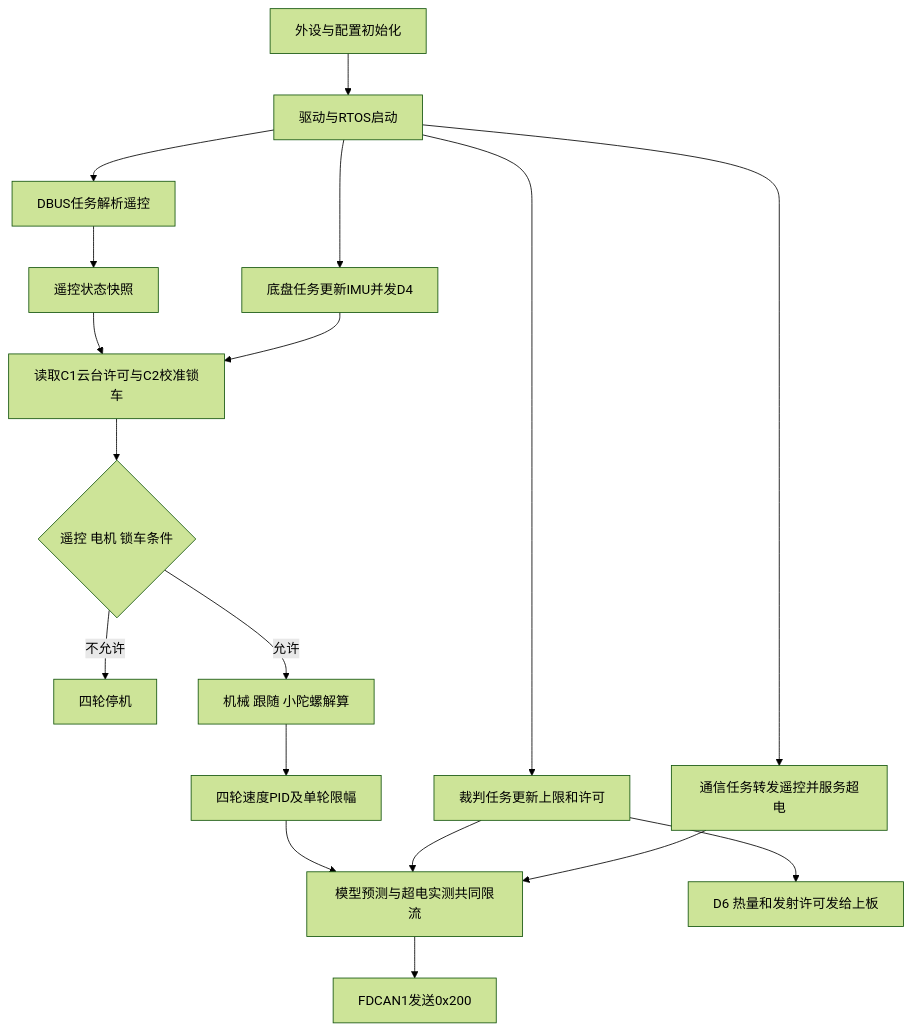
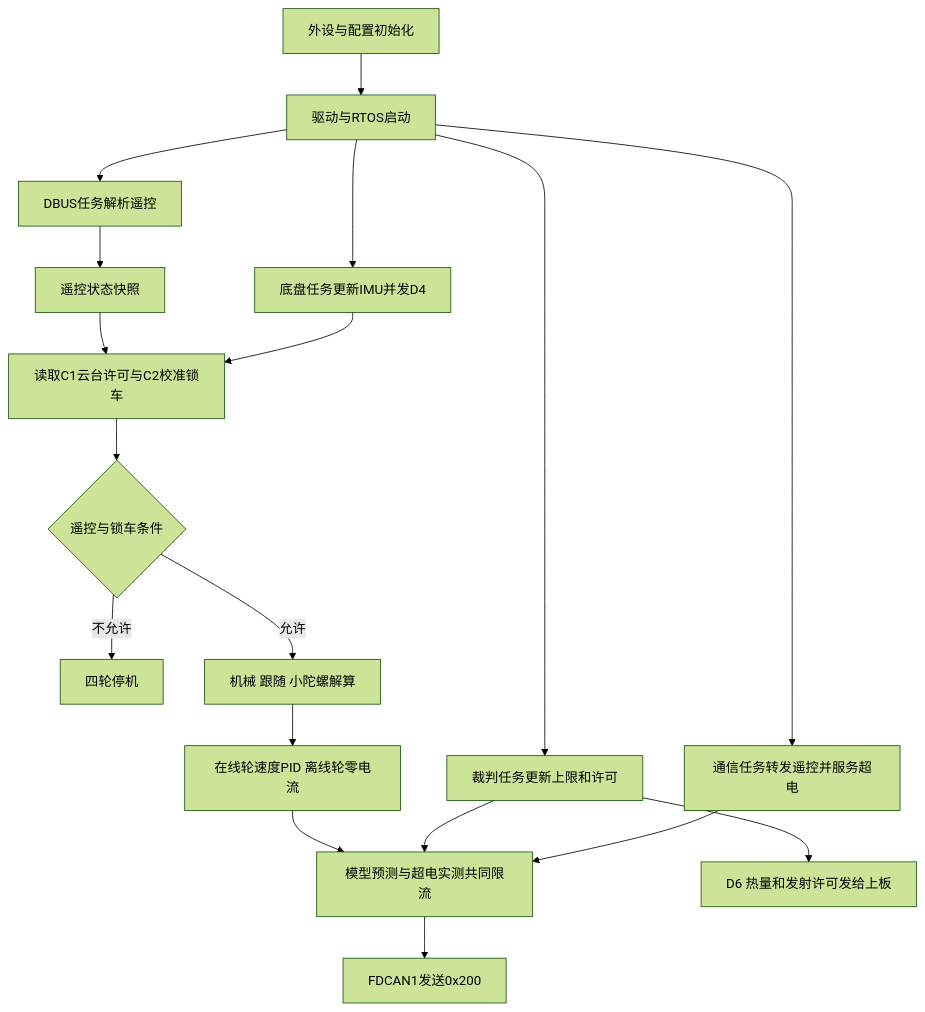
Before and after one commit to RP27-EC/27_LHX: the diagram in 文档/01_启动与任务.md, drawn with Mermaid (forest theme). The commit also changed other lines of this file and 26 other files, not shown here.

````diff
--- a/文档/01_启动与任务.md
+++ b/文档/01_启动与任务.md
@@ -16,20 +16,20 @@
 ```mermaid
 flowchart TD
     A[外设与配置初始化] --> B[驱动与RTOS启动]
     B --> C[DBUS任务解析遥控]
     C --> D[遥控状态快照]
     B --> E[底盘任务更新IMU并发D4]
     D --> F[读取C1云台许可与C2校准锁车]
     E --> F
-    F --> G{遥控 电机 锁车条件}
+    F --> G{遥控与锁车条件}
     G -->|不允许| H[四轮停机]
     G -->|允许| I[机械 跟随 小陀螺解算]
-    I --> J[四轮速度PID及单轮限幅]
+    I --> J[在线轮速度PID 离线轮零电流]
     J --> K[模型预测与超电实测共同限流]
     K --> L[FDCAN1发送0x200]
     B --> M[裁判任务更新上限和许可]
     B --> N[通信任务转发遥控并服务超电]
     M --> O[D6 热量和发射许可发给上板]
     M --> K
     N --> K
 ```
````
